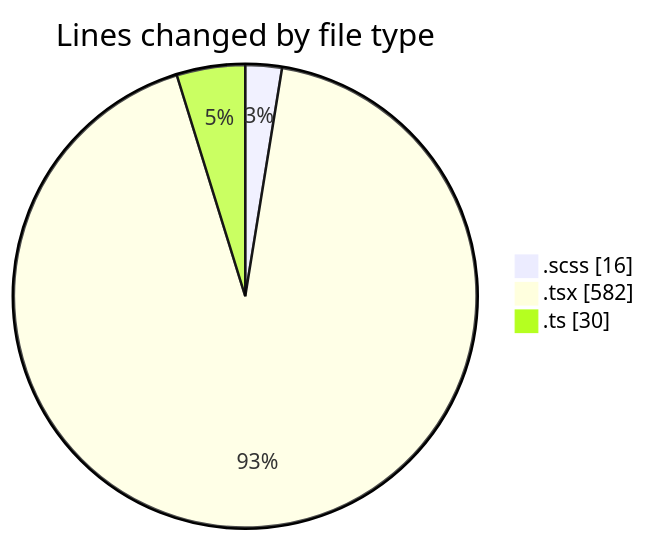
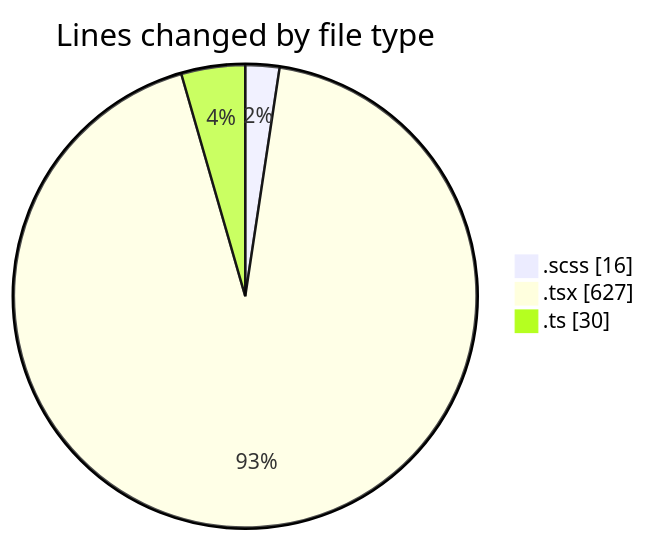
One commit to momahboobian/code-tracking changed the first of 2 diagrams in 2025-02-27/cda/README.md. Above: the diagram before and after it, drawn with Mermaid. The commit also changed other lines of this file and 1 other file, not shown here.

````diff
--- a/2025-02-27/cda/README.md
+++ b/2025-02-27/cda/README.md
@@ -27,7 +27,7 @@
 ```mermaid
 pie showData
 title Lines changed by file type
 ".scss" : 16
-".tsx" : 582
+".tsx" : 627
 ".ts" : 30
 ```
````
